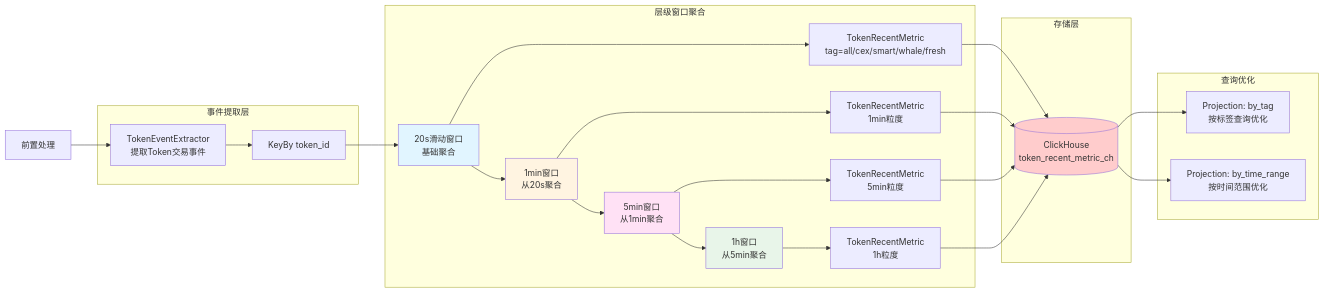
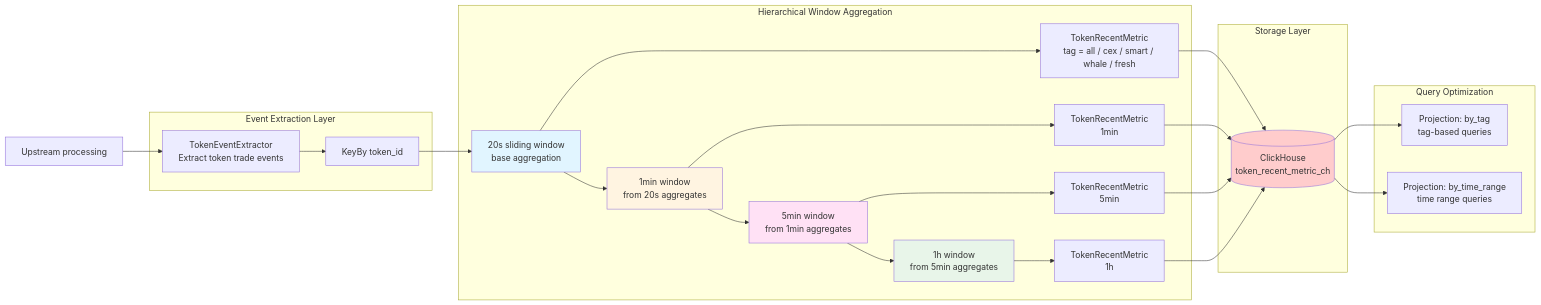
Before and after one commit to sjtutwilight/CryptoAgent: the ninth of 12 diagrams in README.md, drawn with Mermaid. The commit also changed other lines of this file, not shown here.

````diff
--- a/README.md
+++ b/README.md
@@ -621,42 +739,41 @@
 ```mermaid
 graph LR
-
-		RB[前置处理]-->TE
-    subgraph "事件提取层"
-        TE[TokenEventExtractor<br/>提取Token交易事件]
+    RB[Upstream processing]-->TE
+    subgraph "Event Extraction Layer"
+        TE[TokenEventExtractor<br/>Extract token trade events]
         TE --> KB[KeyBy token_id]
     end
 
-    subgraph "层级窗口聚合"
-        KB --> W1[20s滑动窗口<br/>基础聚合]
-        W1 --> M1[TokenRecentMetric<br/>tag=all/cex/smart/whale/fresh]
+    subgraph "Hierarchical Window Aggregation"
+        KB --> W1[20s sliding window<br/>base aggregation]
+        W1 --> M1[TokenRecentMetric<br/>tag = all / cex / smart / whale / fresh]
 
-        W1 --> W2[1min窗口<br/>从20s聚合]
-        W2 --> M2[TokenRecentMetric<br/>1min粒度]
+        W1 --> W2[1min window<br/>from 20s aggregates]
+        W2 --> M2[TokenRecentMetric<br/>1min]
 
-        W2 --> W3[5min窗口<br/>从1min聚合]
-        W3 --> M3[TokenRecentMetric<br/>5min粒度]
+        W2 --> W3[5min window<br/>from 1min aggregates]
+        W3 --> M3[TokenRecentMetric<br/>5min]
 
-        W3 --> W4[1h窗口<br/>从5min聚合]
-        W4 --> M4[TokenRecentMetric<br/>1h粒度]
+        W3 --> W4[1h window<br/>from 5min aggregates]
+        W4 --> M4[TokenRecentMetric<br/>1h]
     end
 
-    subgraph "存储层"
+    subgraph "Storage Layer"
         M1 --> CH[(ClickHouse<br/>token_recent_metric_ch)]
         M2 --> CH
         M3 --> CH
         M4 --> CH
     end
 
-    subgraph "查询优化"
-        CH --> P1[Projection: by_tag<br/>按标签查询优化]
-        CH --> P2[Projection: by_time_range<br/>按时间范围优化]
+    subgraph "Query Optimization"
+        CH --> P1[Projection: by_tag<br/>tag-based queries]
+        CH --> P2[Projection: by_time_range<br/>time range queries]
     end
 
     style W1 fill:#e1f5ff
     style W2 fill:#fff4e1
     style W3 fill:#ffe1f5
     style W4 fill:#e8f5e9
     style CH fill:#ffcccc
 
 ```
````
